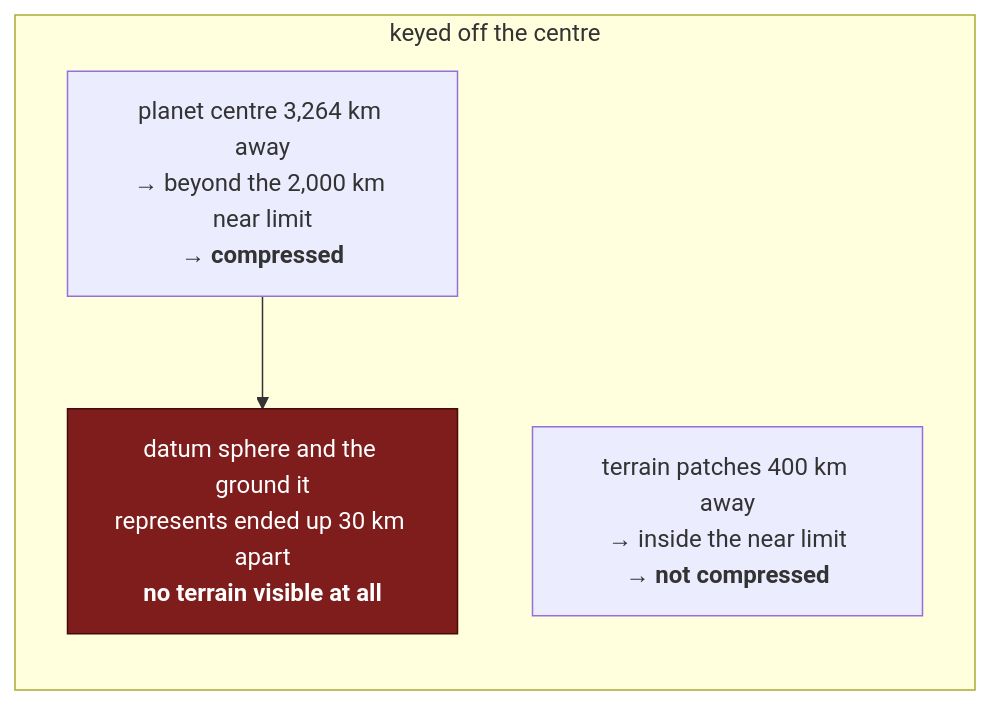
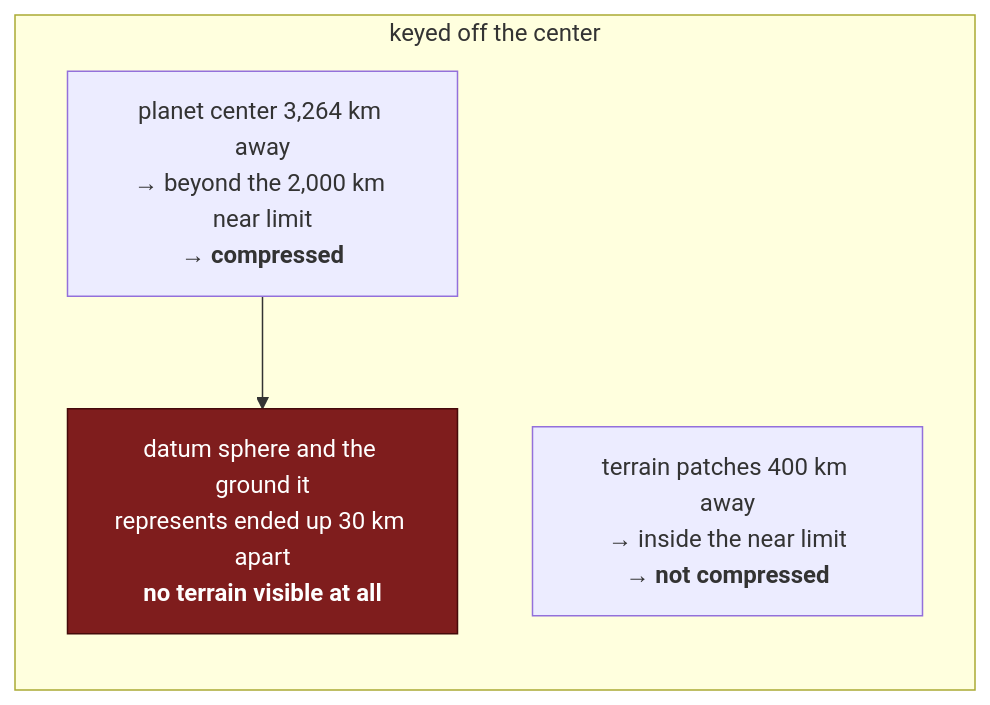
Before and after one commit to jonjaques/inertialref: the fourth of 8 diagrams in docs/concepts/rendering.md, drawn with Mermaid. The commit also changed other lines of this file and 83 other files, not shown here.

````diff
--- a/docs/concepts/rendering.md
+++ b/docs/concepts/rendering.md
@@ -125,9 +125,9 @@
 ```mermaid
 flowchart LR
-    subgraph BROKEN["keyed off the centre"]
-        C1["planet centre 3,264 km away<br/>→ beyond the 2,000 km near limit<br/>→ <b>compressed</b>"]
+    subgraph BROKEN["keyed off the center"]
+        C1["planet center 3,264 km away<br/>→ beyond the 2,000 km near limit<br/>→ <b>compressed</b>"]
         C2["terrain patches 400 km away<br/>→ inside the near limit<br/>→ <b>not compressed</b>"]
         C1 --> GAP["datum sphere and the ground it<br/>represents ended up 30 km apart<br/><b>no terrain visible at all</b>"]
     end
     style GAP fill:#7f1d1d,stroke:#450a0a,color:#fff
 ```
````
